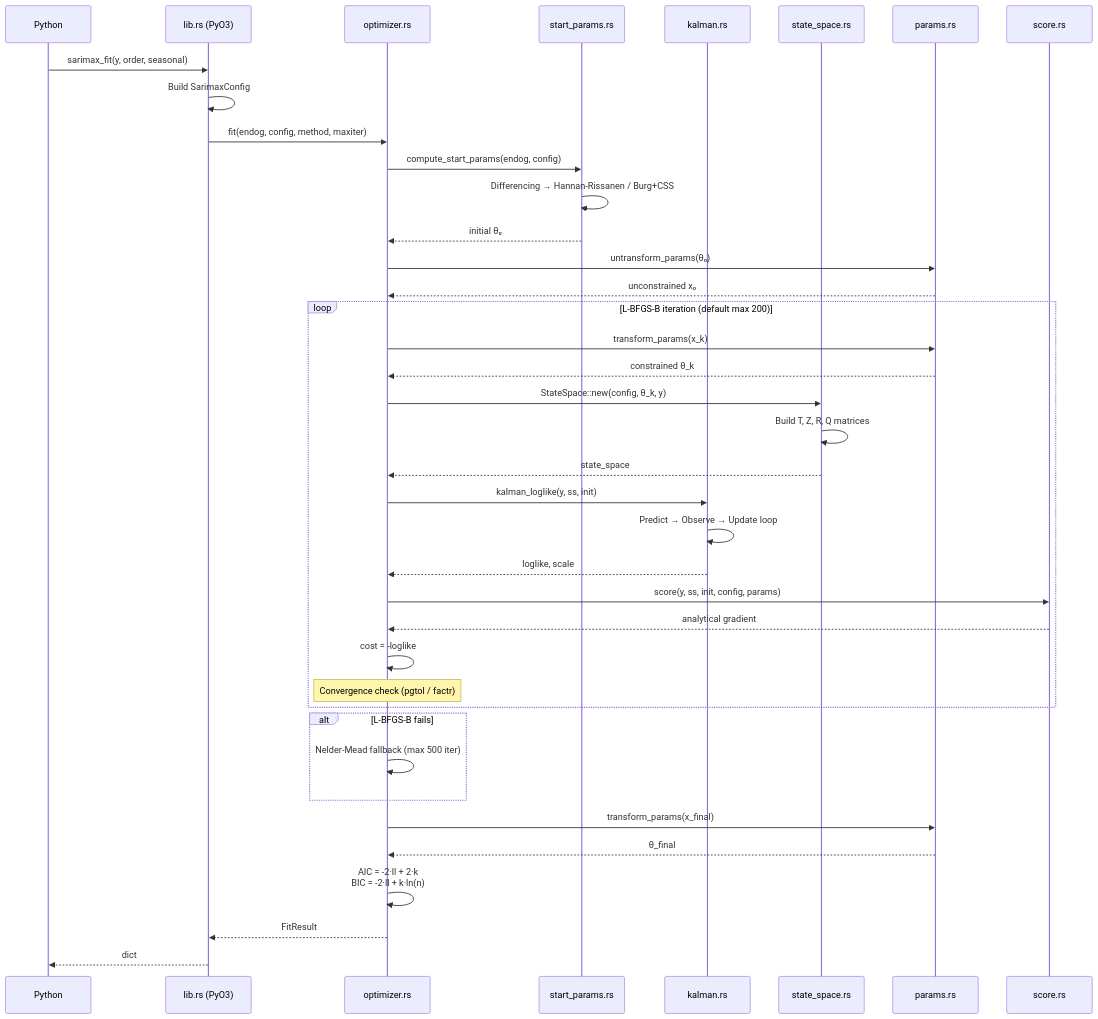
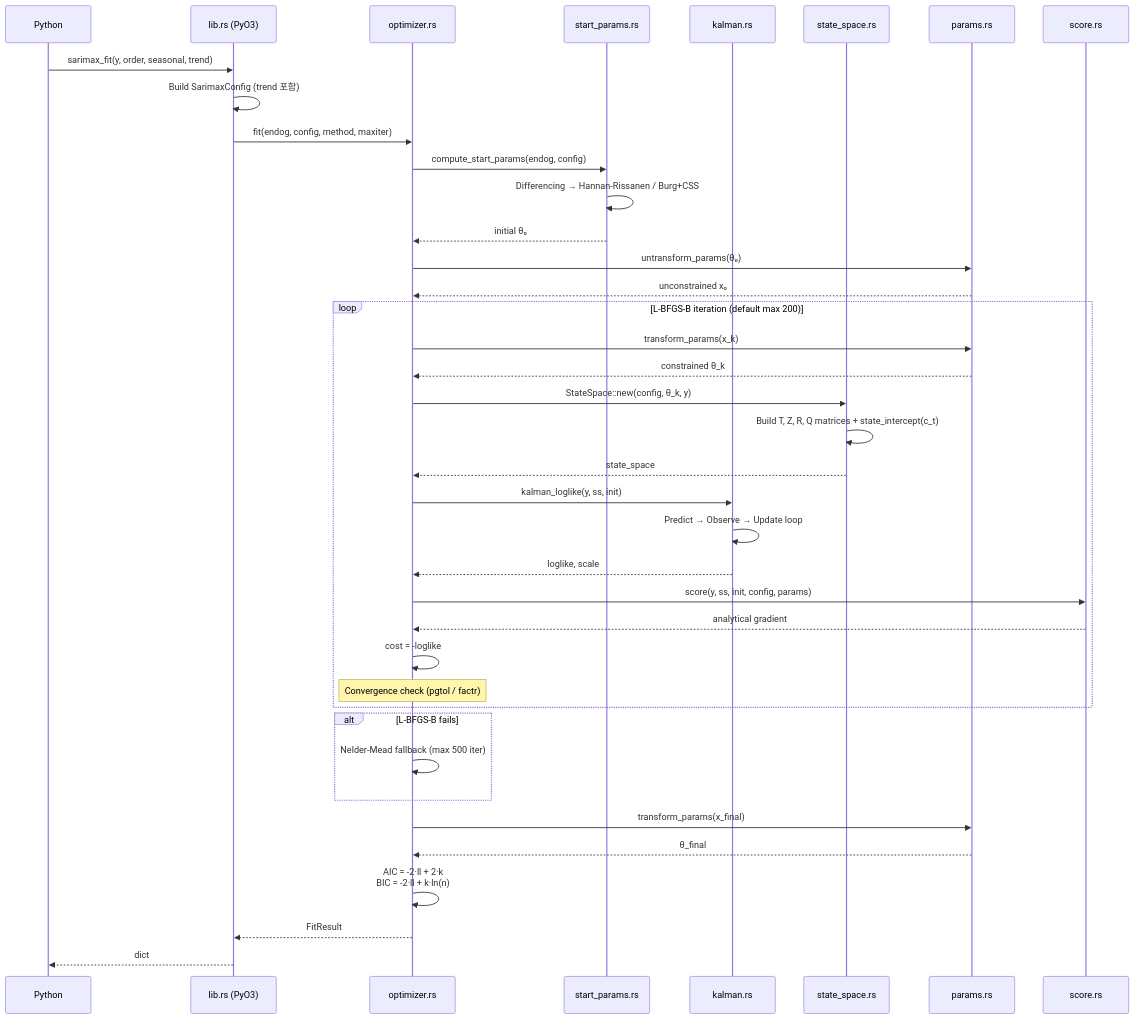
One commit to zongseung/Rust-python-arima changed the second of 5 diagrams in README.md. Above: the diagram before and after it, drawn with Mermaid. The commit also changed other lines of this file, not shown here.

````diff
--- a/README.md
+++ b/README.md
@@ -227,47 +308,47 @@
 ```mermaid
 sequenceDiagram
     participant P as Python
     participant L as lib.rs (PyO3)
     participant O as optimizer.rs
     participant S as start_params.rs
     participant K as kalman.rs
     participant SS as state_space.rs
     participant PR as params.rs
     participant SC as score.rs
 
-    P->>L: sarimax_fit(y, order, seasonal)
-    L->>L: Build SarimaxConfig
+    P->>L: sarimax_fit(y, order, seasonal, trend)
+    L->>L: Build SarimaxConfig (trend 포함)
     L->>O: fit(endog, config, method, maxiter)
 
     O->>S: compute_start_params(endog, config)
     S->>S: Differencing → Hannan-Rissanen / Burg+CSS
     S-->>O: initial θ₀
 
     O->>PR: untransform_params(θ₀)
     PR-->>O: unconstrained x₀
 
     loop L-BFGS-B iteration (default max 200)
         O->>PR: transform_params(x_k)
         PR-->>O: constrained θ_k
         O->>SS: StateSpace::new(config, θ_k, y)
-        SS->>SS: Build T, Z, R, Q matrices
+        SS->>SS: Build T, Z, R, Q matrices + state_intercept(c_t)
         SS-->>O: state_space
         O->>K: kalman_loglike(y, ss, init)
         K->>K: Predict → Observe → Update loop
         K-->>O: loglike, scale
         O->>SC: score(y, ss, init, config, params)
         SC-->>O: analytical gradient
         O->>O: cost = -loglike
         Note over O: Convergence check (pgtol / factr)
     end
 
     alt L-BFGS-B fails
         O->>O: Nelder-Mead fallback (max 500 iter)
     end
 
     O->>PR: transform_params(x_final)
     PR-->>O: θ_final
     O->>O: AIC = -2·ll + 2·k<br/>BIC = -2·ll + k·ln(n)
     O-->>L: FitResult
     L-->>P: dict
 ```
````
